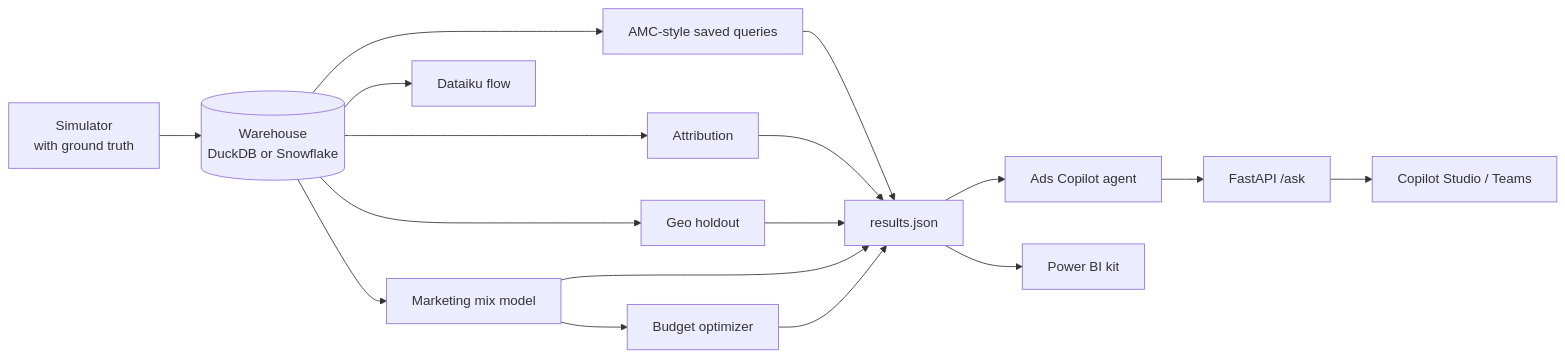
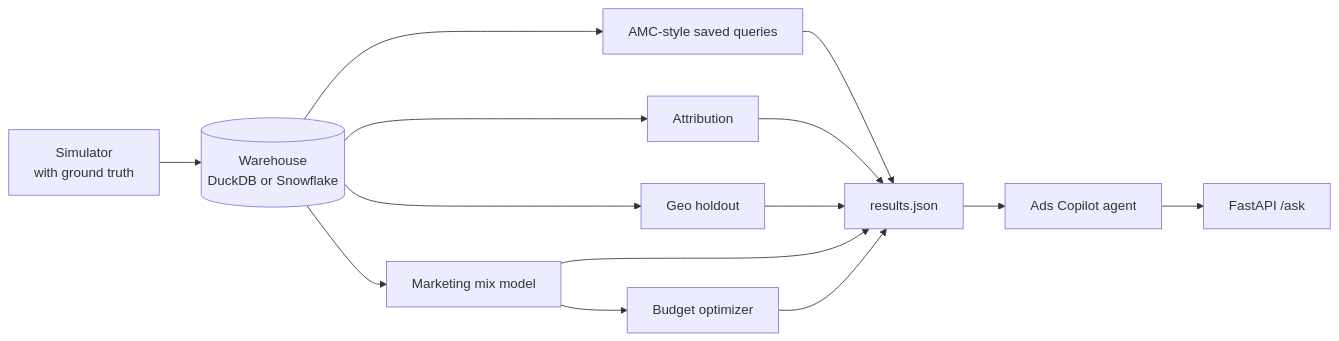
The diagram in README.md (faizanreza-cs/Retail-Media-Lab), drawn with Mermaid before and after one commit. The commit also changed other lines of this file and 2 other files, not shown here.

````diff
--- a/README.md
+++ b/README.md
@@ -127,12 +133,10 @@
 ```mermaid
 flowchart LR
     SIM[Simulator<br/>with ground truth] --> WH[(Warehouse<br/>DuckDB or Snowflake)]
     WH --> SQL[AMC-style saved queries]
     WH --> ATT[Attribution]
     WH --> INC[Geo holdout]
     WH --> MMM[Marketing mix model] --> OPT[Budget optimizer]
     SQL & ATT & INC & MMM & OPT --> RES[results.json]
-    RES --> AG[Ads Copilot agent] --> API[FastAPI /ask] --> CS[Copilot Studio / Teams]
-    RES --> PBI[Power BI kit]
-    WH --> DKU[Dataiku flow]
+    RES --> AG[Ads Copilot agent] --> API[FastAPI /ask]
 ```
````
